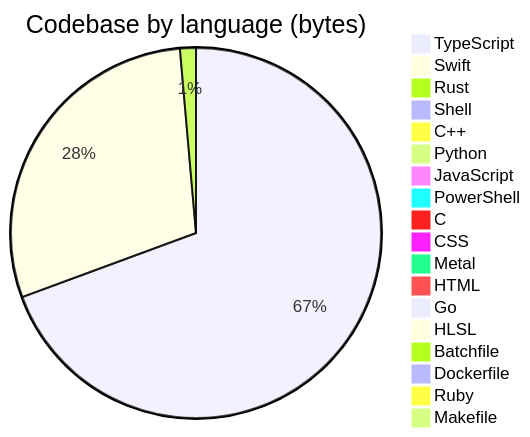
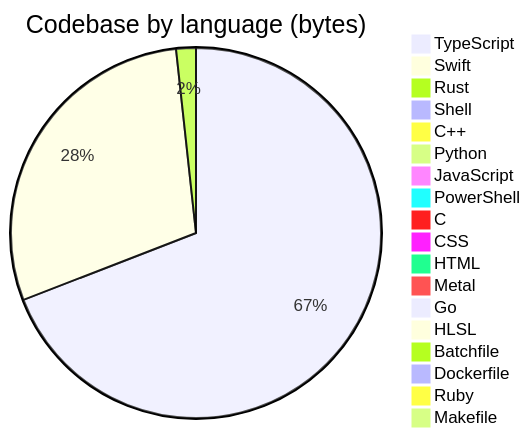
The diagram in profile/README.md (Open330/.github), drawn with Mermaid before and after one commit. The commit also changed other lines of this file, not shown here.

````diff
--- a/profile/README.md
+++ b/profile/README.md
@@ -127,21 +127,21 @@
 ```mermaid
 pie title Codebase by language (bytes)
-    "TypeScript" : 34021959
-    "Swift" : 14335068
-    "Rust" : 680922
-    "Shell" : 449778
+    "TypeScript" : 34023857
+    "Swift" : 14353189
+    "Rust" : 848140
+    "Shell" : 455362
     "C++" : 388775
-    "Python" : 296261
-    "JavaScript" : 219810
+    "Python" : 297604
+    "JavaScript" : 236462
     "PowerShell" : 128198
     "C" : 114143
-    "CSS" : 77881
+    "CSS" : 83419
+    "HTML" : 34564
     "Metal" : 33033
-    "HTML" : 31957
     "Go" : 22811
     "HLSL" : 7527
     "Batchfile" : 5870
     "Dockerfile" : 4893
     "Ruby" : 1554
     "Makefile" : 1150
 ```
````
